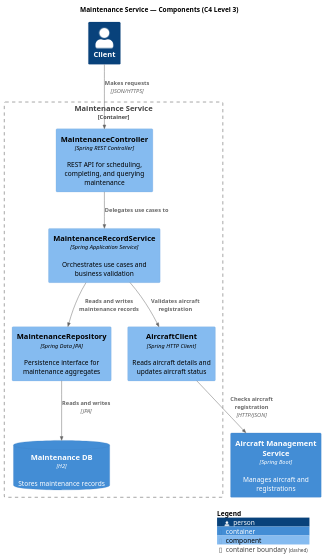
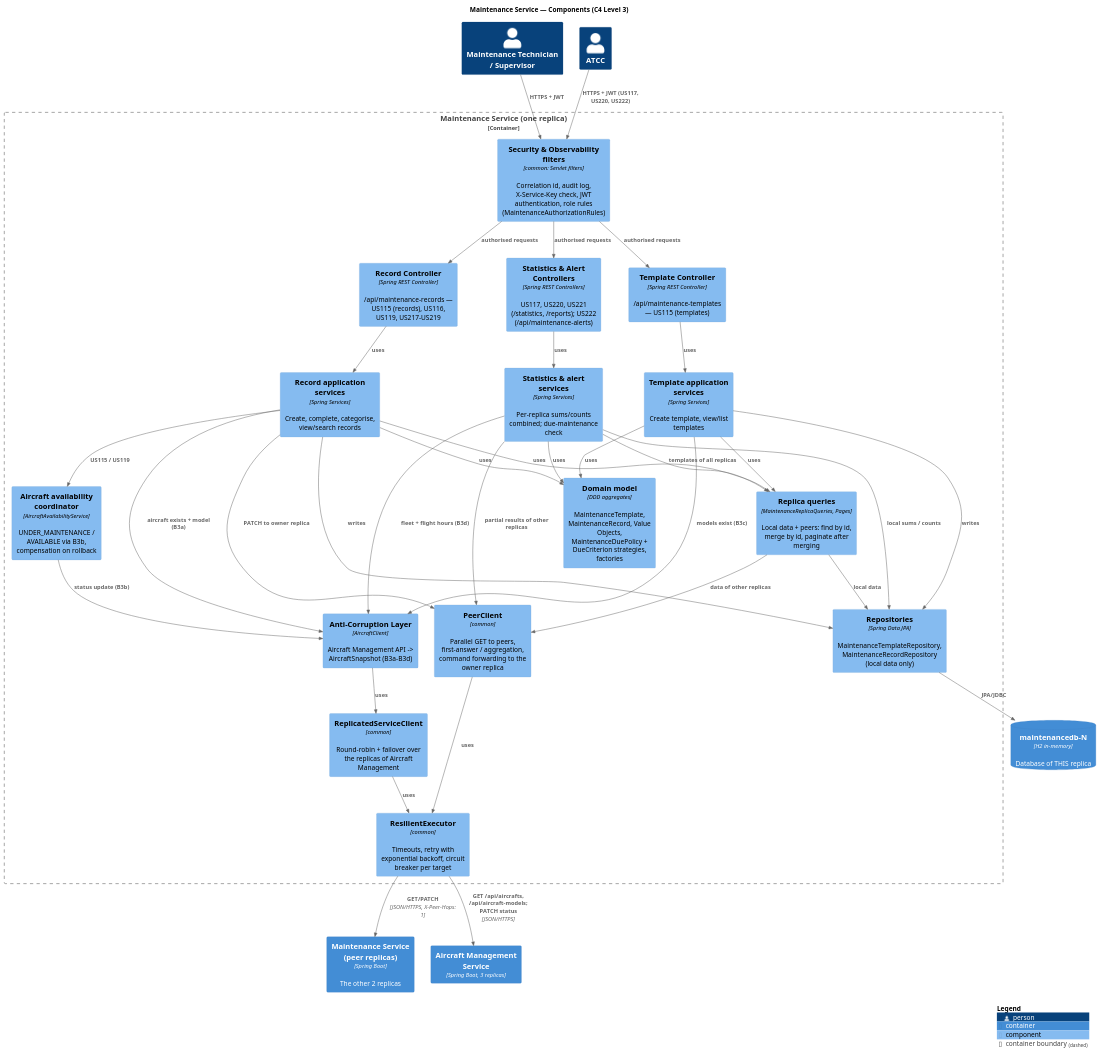
The diagram in docs/3-components/maintenance/puml/C4-L3-Maintenance-Components.puml (caetanotiago/Project_SIDIS), drawn with PlantUML before and after one commit. The commit also changed 33 other files, not shown here.

```diff
--- a/docs/3-components/maintenance/puml/C4-L3-Maintenance-Components.puml
+++ b/docs/3-components/maintenance/puml/C4-L3-Maintenance-Components.puml
@@ -1,25 +1,64 @@
 @startuml C4-L3-Maintenance-Components
 !include <C4/C4_Component>
 LAYOUT_TOP_DOWN()
 title Maintenance Service — Components (C4 Level 3)
 
-Person(client, "Client")
-Container(aircraftService, "Aircraft Management Service", "Spring Boot", "Manages aircraft and registrations")
+Person(maint, "Maintenance Technician / Supervisor")
+Person(atcc, "ATCC")
+Container(peer, "Maintenance Service (peer replicas)", "Spring Boot", "The other 2 replicas")
+Container(am, "Aircraft Management Service", "Spring Boot, 3 replicas")
+ContainerDb(db, "maintenancedb-N", "H2 in-memory", "Database of THIS replica")
 
-Container_Boundary(maintenance, "Maintenance Service") {
-    Component(controller, "MaintenanceController", "Spring REST Controller", "REST API for scheduling, completing, and querying maintenance")
-    Component(service, "MaintenanceRecordService", "Spring Application Service", "Orchestrates use cases and business validation")
-    Component(repository, "MaintenanceRepository", "Spring Data JPA", "Persistence interface for maintenance aggregates")
-    Component(aircraftClient, "AircraftClient", "Spring HTTP Client", "Reads aircraft details and updates aircraft status")
-    ContainerDb(database, "Maintenance DB", "H2", "Stores maintenance records")
+Container_Boundary(mt, "Maintenance Service (one replica)") {
+    Component(sec, "Security & Observability filters", "common: Servlet filters", "Correlation id, audit log, X-Service-Key check, JWT authentication, role rules (MaintenanceAuthorizationRules)")
+    Component(tplCtrl, "Template Controller", "Spring REST Controller", "/api/maintenance-templates — US115 (templates)")
+    Component(recCtrl, "Record Controller", "Spring REST Controller", "/api/maintenance-records — US115 (records), US116, US119, US217-US219")
+    Component(statCtrl, "Statistics & Alert Controllers", "Spring REST Controllers", "US117, US220, US221 (/statistics, /reports); US222 (/api/maintenance-alerts)")
+    Component(tplSvc, "Template application services", "Spring Services", "Create template, view/list templates")
+    Component(recSvc, "Record application services", "Spring Services", "Create, complete, categorise, view/search records")
+    Component(statSvc, "Statistics & alert services", "Spring Services", "Per-replica sums/counts combined; due-maintenance check")
+    Component(avail, "Aircraft availability coordinator", "AircraftAvailabilityService", "UNDER_MAINTENANCE / AVAILABLE via B3b, compensation on rollback")
+    Component(replicaQ, "Replica queries", "MaintenanceReplicaQueries, Pages", "Local data + peers: find by id, merge by id, paginate after merging")
+    Component(domain, "Domain model", "DDD aggregates", "MaintenanceTemplate, MaintenanceRecord, Value Objects, MaintenanceDuePolicy + DueCriterion strategies, factories")
+    Component(repos, "Repositories", "Spring Data JPA", "MaintenanceTemplateRepository, MaintenanceRecordRepository (local data only)")
+    Component(acl, "Anti-Corruption Layer", "AircraftClient", "Aircraft Management API -> AircraftSnapshot (B3a-B3d)")
+    Component(peerClient, "PeerClient", "common", "Parallel GET to peers, first-answer / aggregation, command forwarding to the owner replica")
+    Component(repClient, "ReplicatedServiceClient", "common", "Round-robin + failover over the replicas of Aircraft Management")
+    Component(resil, "ResilientExecutor", "common", "Timeouts, retry with exponential backoff, circuit breaker per target")
 }
 
-Rel(client, controller, "Makes requests", "JSON/HTTPS")
-Rel(controller, service, "Delegates use cases to")
-Rel(service, repository, "Reads and writes maintenance records")
-Rel(service, aircraftClient, "Validates aircraft registration")
-Rel(repository, database, "Reads and writes", "JPA")
-Rel(aircraftClient, aircraftService, "Checks aircraft registration", "HTTP/JSON")
+Rel(maint, sec, "HTTPS + JWT")
+Rel(atcc, sec, "HTTPS + JWT (US117, US220, US222)")
+Rel(sec, tplCtrl, "authorised requests")
+Rel(sec, recCtrl, "authorised requests")
+Rel(sec, statCtrl, "authorised requests")
+Rel(tplCtrl, tplSvc, "uses")
+Rel(recCtrl, recSvc, "uses")
+Rel(statCtrl, statSvc, "uses")
+Rel(recSvc, avail, "US115 / US119")
+Rel(tplSvc, domain, "uses")
+Rel(recSvc, domain, "uses")
+Rel(statSvc, domain, "uses")
+Rel(tplSvc, replicaQ, "uses")
+Rel(recSvc, replicaQ, "uses")
+Rel(statSvc, replicaQ, "templates of all replicas")
+Rel(replicaQ, repos, "local data")
+Rel(tplSvc, repos, "writes")
+Rel(recSvc, repos, "writes")
+Rel(statSvc, repos, "local sums / counts")
+Rel(repos, db, "JPA/JDBC")
+Rel(replicaQ, peerClient, "data of other replicas")
+Rel(statSvc, peerClient, "partial results of other replicas")
+Rel(recSvc, peerClient, "PATCH to owner replica")
+Rel(tplSvc, acl, "models exist (B3c)")
+Rel(recSvc, acl, "aircraft exists + model (B3a)")
+Rel(avail, acl, "status update (B3b)")
+Rel(statSvc, acl, "fleet + flight hours (B3d)")
+Rel(acl, repClient, "uses")
+Rel(peerClient, resil, "uses")
+Rel(repClient, resil, "uses")
+Rel(resil, peer, "GET/PATCH", "JSON/HTTPS, X-Peer-Hops: 1")
+Rel(resil, am, "GET /api/aircrafts, /api/aircraft-models; PATCH status", "JSON/HTTPS")
 
 SHOW_LEGEND()
 @enduml
```
